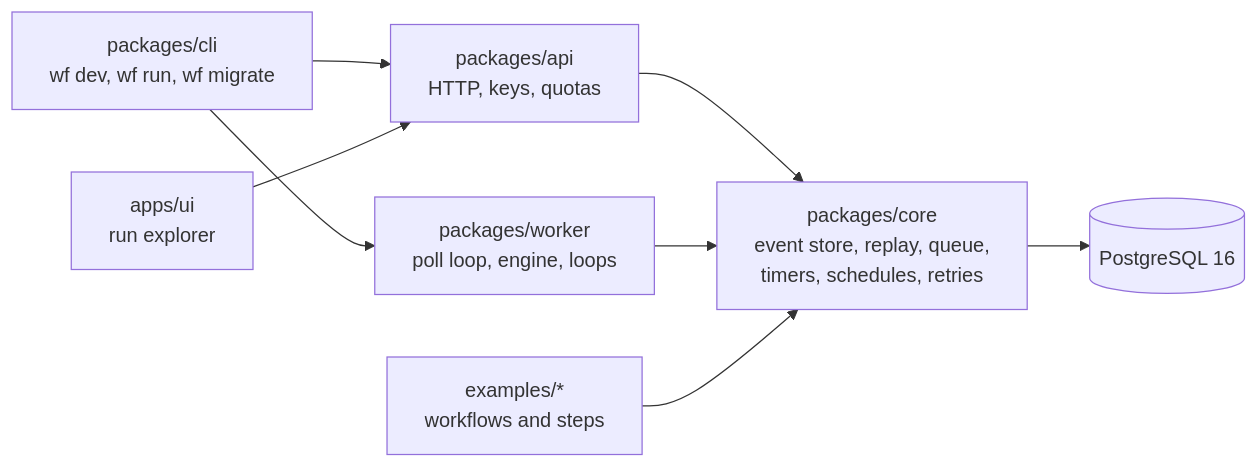
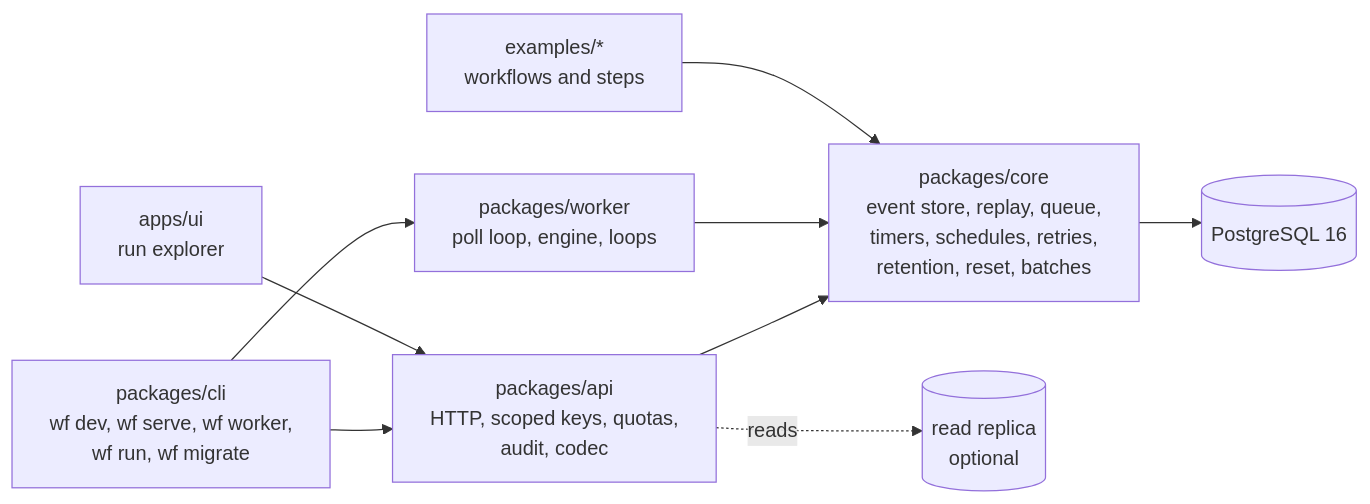
One commit to utkutvskin/durable-execution-engine changed the first of 3 diagrams in docs/ARCHITECTURE.md. Above: the diagram before and after it, drawn with Mermaid. The commit also changed other lines of this file and 8 other files, not shown here.

````diff
--- a/docs/ARCHITECTURE.md
+++ b/docs/ARCHITECTURE.md
@@ -7,10 +7,11 @@
 ```mermaid
 flowchart LR
-  cli["packages/cli<br/>wf dev, wf run, wf migrate"] --> api
+  cli["packages/cli<br/>wf dev, wf serve, wf worker,<br/>wf run, wf migrate"] --> api
   cli --> worker
   ui["apps/ui<br/>run explorer"] --> api
-  api["packages/api<br/>HTTP, keys, quotas"] --> core
+  api["packages/api<br/>HTTP, scoped keys, quotas,<br/>audit, codec"] --> core
   worker["packages/worker<br/>poll loop, engine, loops"] --> core
-  core["packages/core<br/>event store, replay, queue,<br/>timers, schedules, retries"] --> pg[("PostgreSQL 16")]
+  core["packages/core<br/>event store, replay, queue,<br/>timers, schedules, retries,<br/>retention, reset, batches"] --> pg[("PostgreSQL 16")]
+  api -. reads .-> replica[("read replica<br/>optional")]
   examples["examples/*<br/>workflows and steps"] --> core
 ```
````
